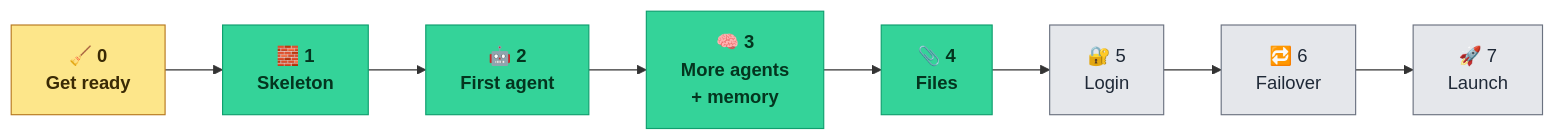
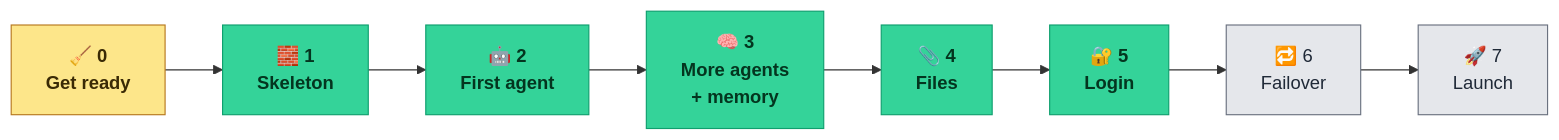
One commit to anurag-joshi-1403/Multi-Agent-AI-Platform changed the first of 5 diagrams in TASKS.md. Above: the diagram before and after it, drawn with Mermaid. The commit also changed other lines of this file, not shown here.

First line of the commit message:
docs(tasks): mark Phase 5 done

````diff
--- a/TASKS.md
+++ b/TASKS.md
@@ -37,11 +37,11 @@
 ```mermaid
 flowchart LR
     classDef done fill:#34d399,stroke:#0f9f6e,color:#04351f,font-weight:bold
     classDef doing fill:#fde68a,stroke:#b7791f,color:#3a2a05,font-weight:bold
     classDef todo fill:#e5e7eb,stroke:#6b7280,color:#1f2937
     P0["🧹 0<br/>Get ready"] --> P1["🧱 1<br/>Skeleton"] --> P2["🤖 2<br/>First agent"] --> P3["🧠 3<br/>More agents<br/>+ memory"]
     P3 --> P4["📎 4<br/>Files"] --> P5["🔐 5<br/>Login"] --> P6["🔁 6<br/>Failover"] --> P7["🚀 7<br/>Launch"]
-    class P1,P2,P3,P4 done
+    class P1,P2,P3,P4,P5 done
     class P0 doing
-    class P5,P6,P7 todo
+    class P6,P7 todo
 ```
````
